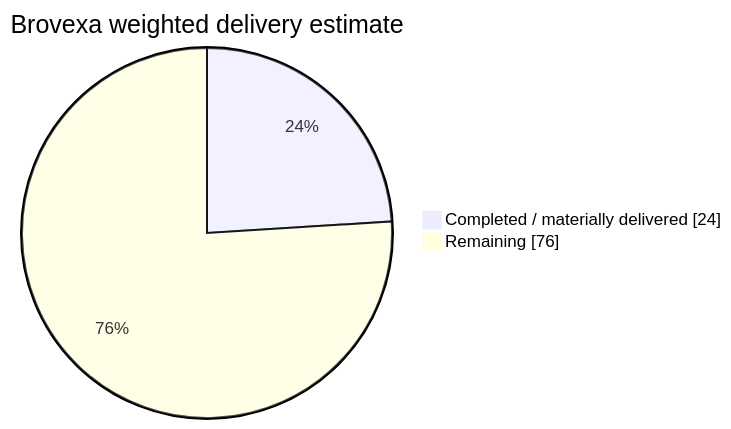
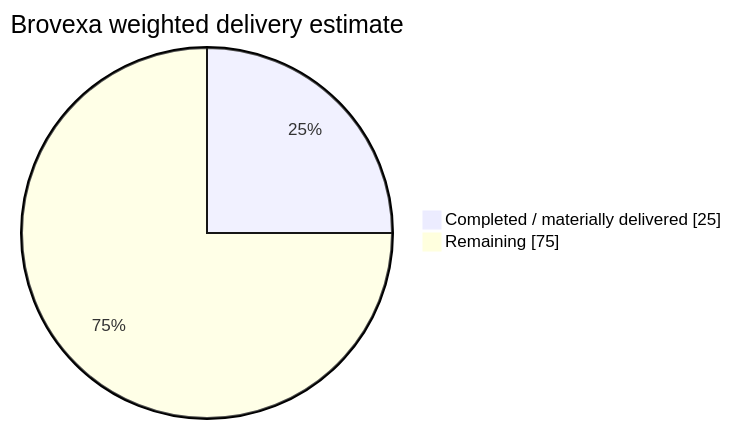
The diagram in README.md (Vertex-Systems-Network/brovexa), drawn with Mermaid before and after one commit. The commit also changed other lines of this file, not shown here.

````diff
--- a/README.md
+++ b/README.md
@@ -17,6 +17,6 @@
 ```mermaid
 pie showData
     title Brovexa weighted delivery estimate
-    "Completed / materially delivered" : 24
-    "Remaining" : 76
+    "Completed / materially delivered" : 25
+    "Remaining" : 75
 ```
````
